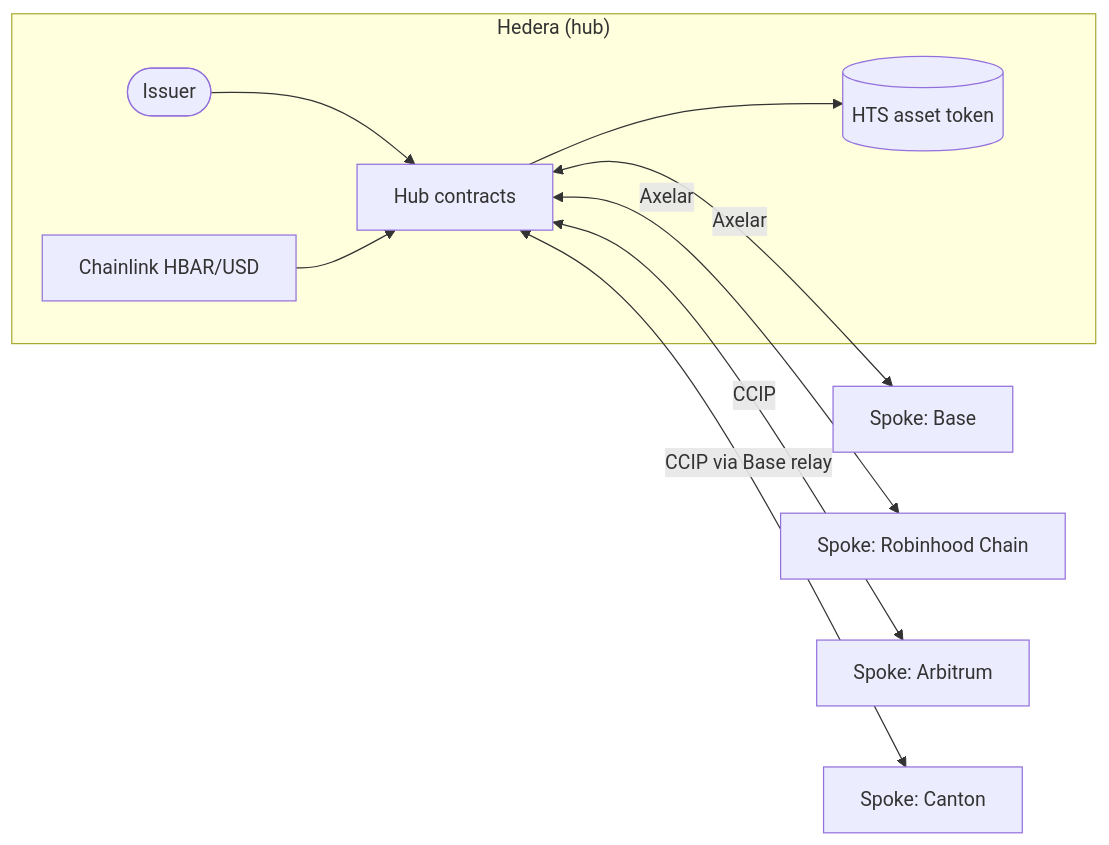
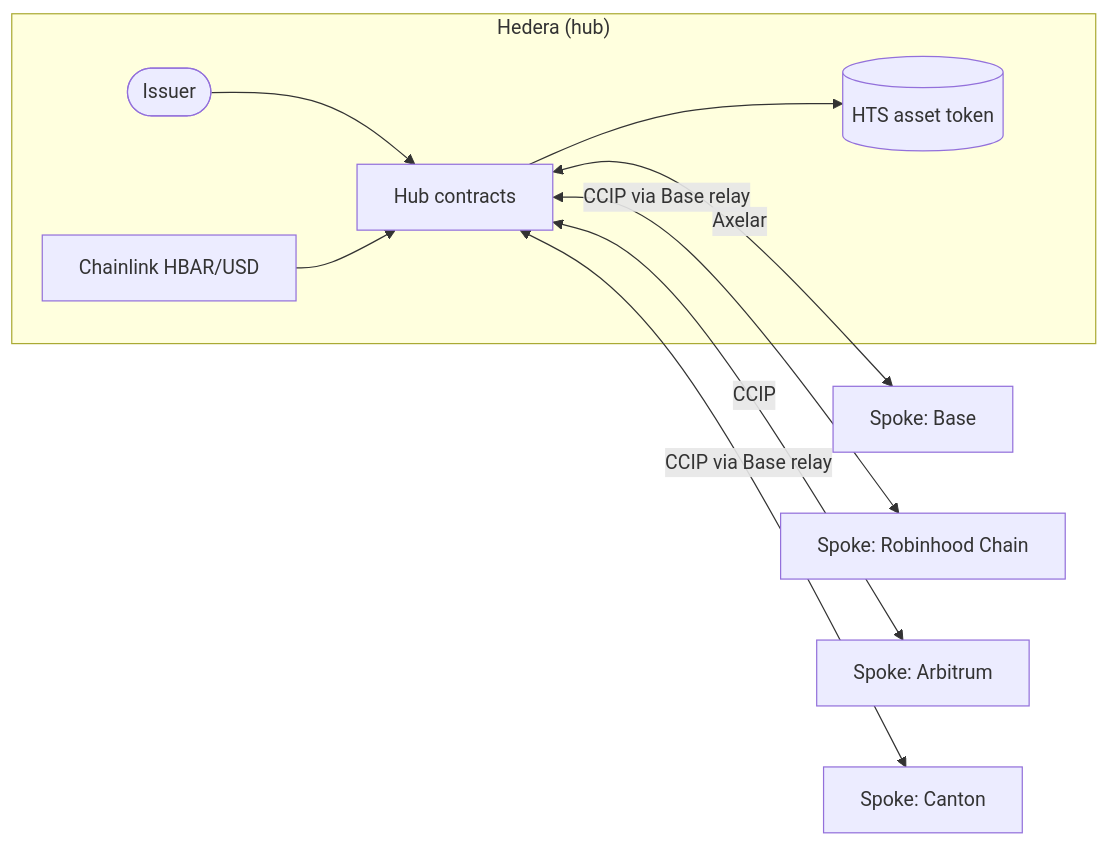
One commit to MukulKolpe/atollway changed the first of 5 diagrams in docs/architecture.md. Above: the diagram before and after it, drawn with Mermaid. The commit also changed other lines of this file and 2 other files, not shown here.

````diff
--- a/docs/architecture.md
+++ b/docs/architecture.md
@@ -9,12 +9,12 @@
 ```mermaid
 flowchart LR
   subgraph hedera["Hedera (hub)"]
     issuer([Issuer]) --> hub[Hub contracts]
     hub --> asset[(HTS asset token)]
     feed[Chainlink HBAR/USD] --> hub
   end
   hub <-->|Axelar| base["Spoke: Base"]
-  hub <-->|Axelar| robinhood["Spoke: Robinhood Chain"]
+  hub <-->|CCIP via Base relay| robinhood["Spoke: Robinhood Chain"]
   hub <-->|CCIP| arbitrum["Spoke: Arbitrum"]
   hub <-->|CCIP via Base relay| canton["Spoke: Canton"]
 ```
````
